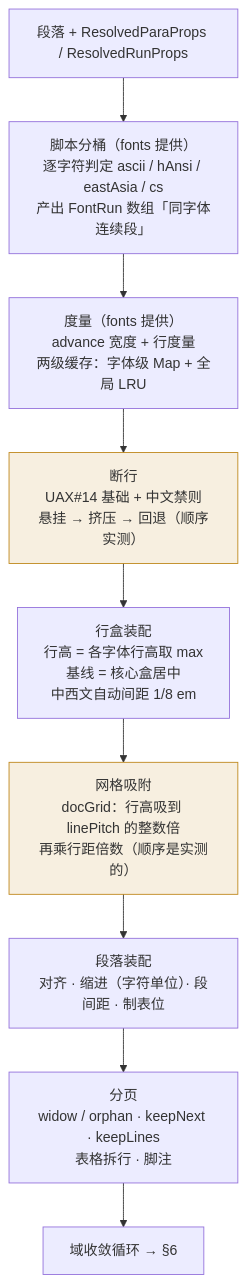
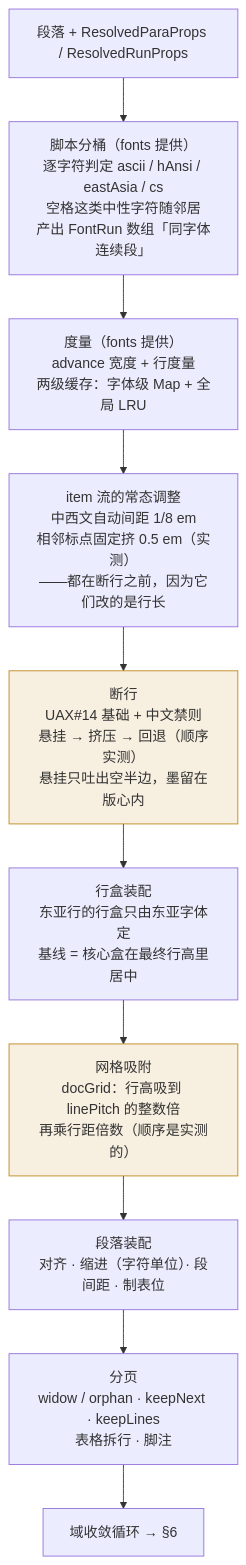
One commit to shedan9/ultimate-word-js changed the fourth of 7 diagrams in docs/architecture.md. Above: the diagram before and after it, drawn with Mermaid. The commit also changed other lines of this file and 3 other files, not shown here.

````diff
--- a/docs/architecture.md
+++ b/docs/architecture.md
@@ -263,15 +263,16 @@
 ```mermaid
 flowchart TB
   A["段落 + ResolvedParaProps / ResolvedRunProps"] --> B
-  B["脚本分桶（fonts 提供）<br/>逐字符判定 ascii / hAnsi / eastAsia / cs<br/>产出 FontRun 数组「同字体连续段」"] --> C
-  C["度量（fonts 提供）<br/>advance 宽度 + 行度量<br/>两级缓存：字体级 Map + 全局 LRU"] --> D
-  D["断行<br/>UAX#14 基础 + 中文禁则<br/>悬挂 → 挤压 → 回退（顺序实测）"] --> E
-  E["行盒装配<br/>行高 = 各字体行高取 max<br/>基线 = 核心盒居中<br/>中西文自动间距 1/8 em"] --> F
+  B["脚本分桶（fonts 提供）<br/>逐字符判定 ascii / hAnsi / eastAsia / cs<br/>空格这类中性字符随邻居<br/>产出 FontRun 数组「同字体连续段」"] --> C
+  C["度量（fonts 提供）<br/>advance 宽度 + 行度量<br/>两级缓存：字体级 Map + 全局 LRU"] --> C2
+  C2["item 流的常态调整<br/>中西文自动间距 1/8 em<br/>相邻标点固定挤 0.5 em（实测）<br/>——都在断行之前，因为它们改的是行长"] --> D
+  D["断行<br/>UAX#14 基础 + 中文禁则<br/>悬挂 → 挤压 → 回退（顺序实测）<br/>悬挂只吐出空半边，墨留在版心内"] --> E
+  E["行盒装配<br/>东亚行的行盒只由东亚字体定<br/>基线 = 核心盒在最终行高里居中"] --> F
   F["网格吸附<br/>docGrid：行高吸到 linePitch 的整数倍<br/>再乘行距倍数（顺序是实测的）"] --> G
   G["段落装配<br/>对齐 · 缩进（字符单位）· 段间距 · 制表位"] --> H
   H["分页<br/>widow / orphan · keepNext · keepLines<br/>表格拆行 · 脚注"] --> I
   I["域收敛循环 → §6"]
 
   style D fill:#bf871922,stroke:#bf8719
   style F fill:#bf871922,stroke:#bf8719
 ```
````
